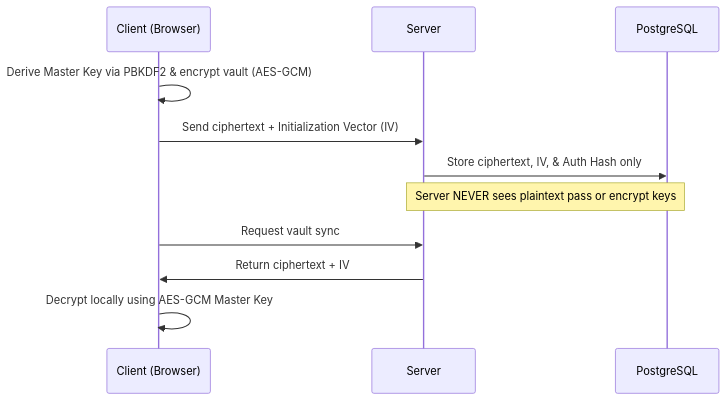
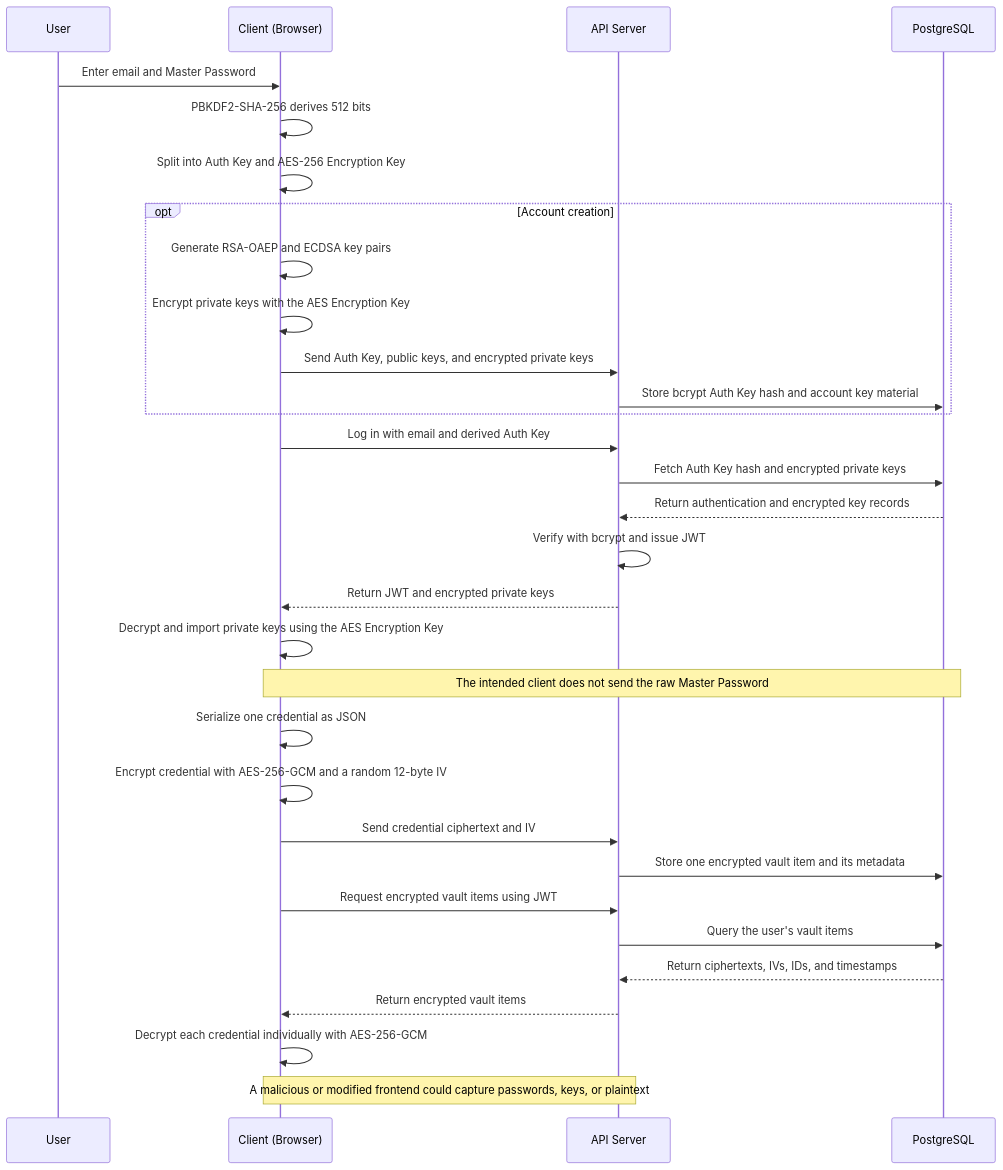
Before and after one commit to f4-ice/passwordstream: the diagram in README.md, drawn with Mermaid. The commit also changed other lines of this file and 34 other files, not shown here.

First line of the commit message:
Strengthen security, encryption flows, documentation, and UI

````diff
--- a/README.md
+++ b/README.md
@@ -63,16 +25,40 @@
 ```mermaid
 sequenceDiagram
+    participant User
     participant Client as Client (Browser)
-    participant Server as Server
+    participant Server as API Server
     participant DB as PostgreSQL
 
-    Client->>Client: Derive Master Key via PBKDF2 & encrypt vault (AES-GCM)
-    Client->>Server: Send ciphertext + Initialization Vector (IV)
-    Server->>DB: Store ciphertext, IV, & Auth Hash only
-    
-    Note over Server,DB: Server NEVER sees plaintext pass or encrypt keys
-    Client->>Server: Request vault sync
-    Server->>Client: Return ciphertext + IV
-    Client->>Client: Decrypt locally using AES-GCM Master Key
+    User->>Client: Enter email and Master Password
+    Client->>Client: PBKDF2-SHA-256 derives 512 bits
+    Client->>Client: Split into Auth Key and AES-256 Encryption Key
 
+    opt Account creation
+        Client->>Client: Generate RSA-OAEP and ECDSA key pairs
+        Client->>Client: Encrypt private keys with the AES Encryption Key
+        Client->>Server: Send Auth Key, public keys, and encrypted private keys
+        Server->>DB: Store bcrypt Auth Key hash and account key material
+    end
+
+    Client->>Server: Log in with email and derived Auth Key
+    Server->>DB: Fetch Auth Key hash and encrypted private keys
+    DB-->>Server: Return authentication and encrypted key records
+    Server->>Server: Verify with bcrypt and issue JWT
+    Server-->>Client: Return JWT and encrypted private keys
+    Client->>Client: Decrypt and import private keys using the AES Encryption Key
+
+    Note over Client,DB: The intended client does not send the raw Master Password
+
+    Client->>Client: Serialize one credential as JSON
+    Client->>Client: Encrypt credential with AES-256-GCM and a random 12-byte IV
+    Client->>Server: Send credential ciphertext and IV
+    Server->>DB: Store one encrypted vault item and its metadata
+
+    Client->>Server: Request encrypted vault items using JWT
+    Server->>DB: Query the user's vault items
+    DB-->>Server: Return ciphertexts, IVs, IDs, and timestamps
+    Server-->>Client: Return encrypted vault items
+    Client->>Client: Decrypt each credential individually with AES-256-GCM
+
+    Note over Client,Server: A malicious or modified frontend could capture passwords, keys, or plaintext
 ```
````
